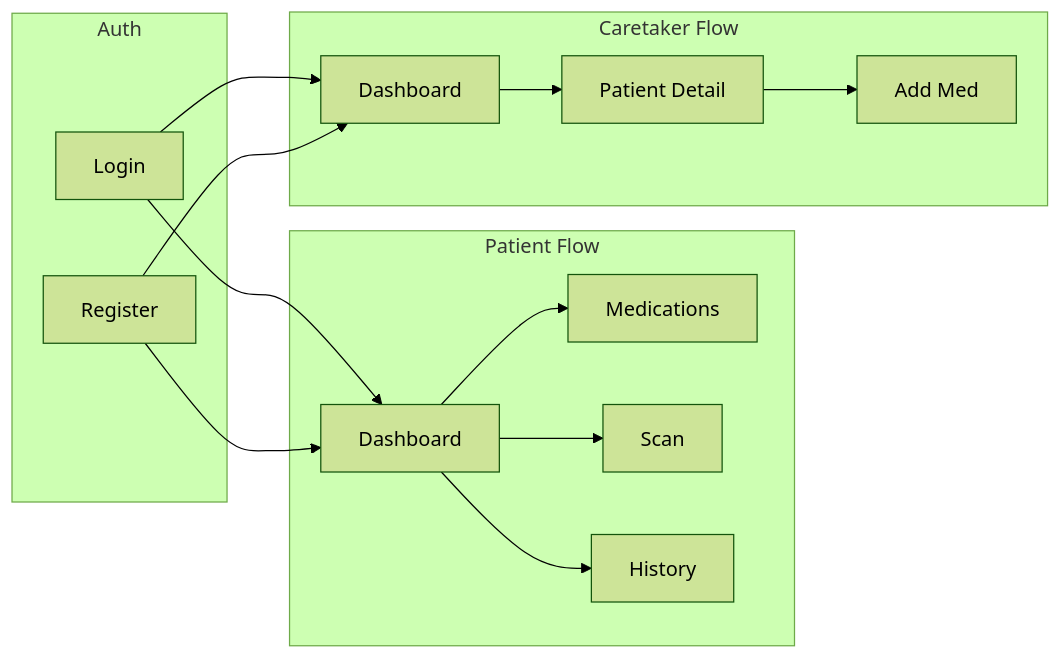
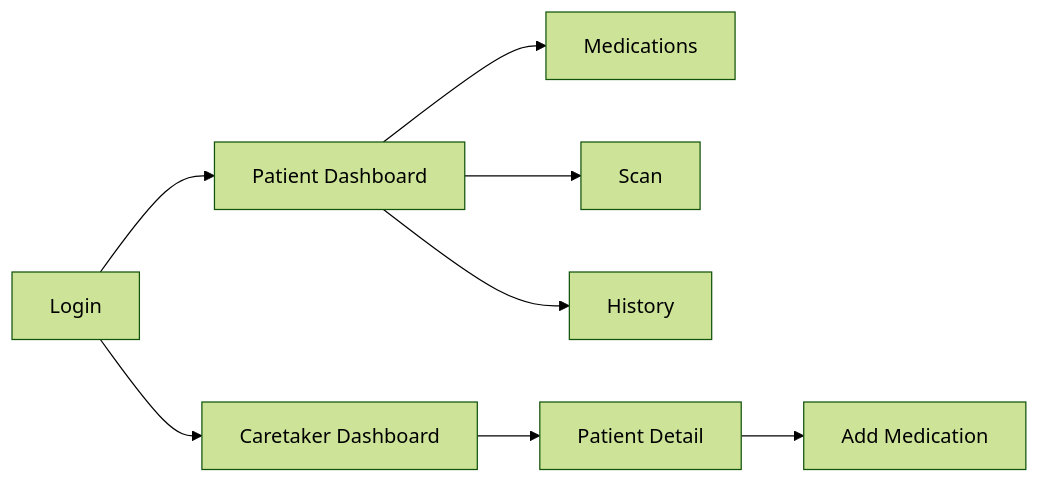
One commit to Savita-debug/mobile-app changed the second of 2 diagrams in README.md. Above: the diagram before and after it, drawn with Mermaid (forest theme). The commit also changed other lines of this file, not shown here.

Commit message:
docs: clean README - simple Mermaid diagrams

````diff
--- a/README.md
+++ b/README.md
@@ -40,30 +30,12 @@
 ```mermaid
 graph LR
-    subgraph Auth[Auth]
-        Login[Login]
-        Register[Register]
-    end
+    Login --> PD[Patient Dashboard]
+    Login --> CD[Caretaker Dashboard]
     
-    subgraph Patient[Patient Flow]
-        PD[Dashboard]
-        PM[Medications]
-        PS[Scan]
-        PH[History]
-    end
+    PD --> PM[Medications]
+    PD --> PS[Scan]
+    PD --> PH[History]
     
-    subgraph Caretaker[Caretaker Flow]
-        CD[Dashboard]
-        PP[Patient Detail]
-        PAM[Add Med]
-    end
-    
-    Login --> PD
-    Login --> CD
-    Register --> PD
-    Register --> CD
-    PD --> PM
-    PD --> PS
-    PD --> PH
-    CD --> PP
-    PP --> PAM
+    CD --> PP[Patient Detail]
+    PP --> PAM[Add Medication]
 ```
````
